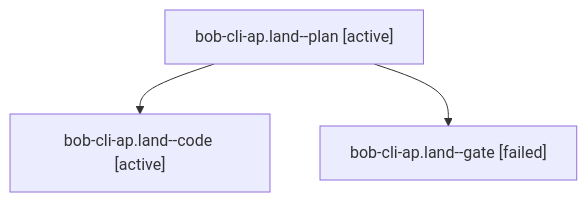
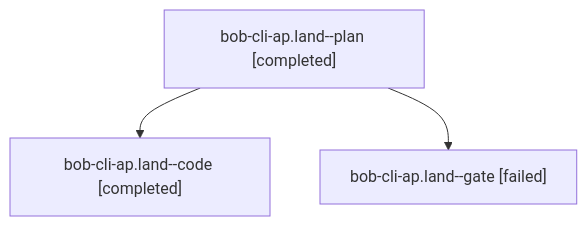
Before and after one commit to bobs-org/bob-cli--agents: the diagram in sessions/bbugyi200.athena.bob-cli-ap.land.md, drawn with Mermaid. The commit also changed other lines of this file and 419 other files, not shown here.

````diff
--- a/sessions/bbugyi200.athena.bob-cli-ap.land.md
+++ b/sessions/bbugyi200.athena.bob-cli-ap.land.md
@@ -9,8 +9,8 @@
 ```mermaid
 flowchart TD
-  n0["bob-cli-ap.land--plan [active]"]
-  n1["bob-cli-ap.land--code [active]"]
+  n0["bob-cli-ap.land--plan [completed]"]
+  n1["bob-cli-ap.land--code [completed]"]
   n0 --> n1
   n2["bob-cli-ap.land--gate [failed]"]
   n0 --> n2
 ```
````
